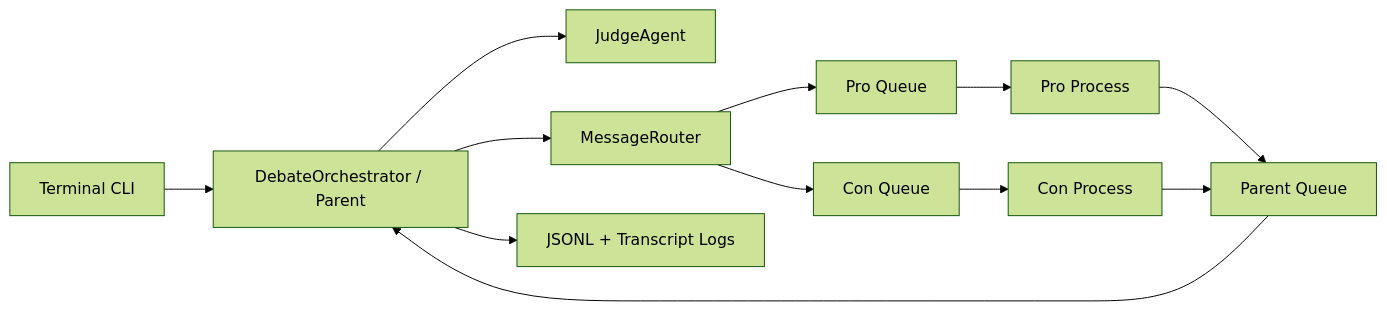
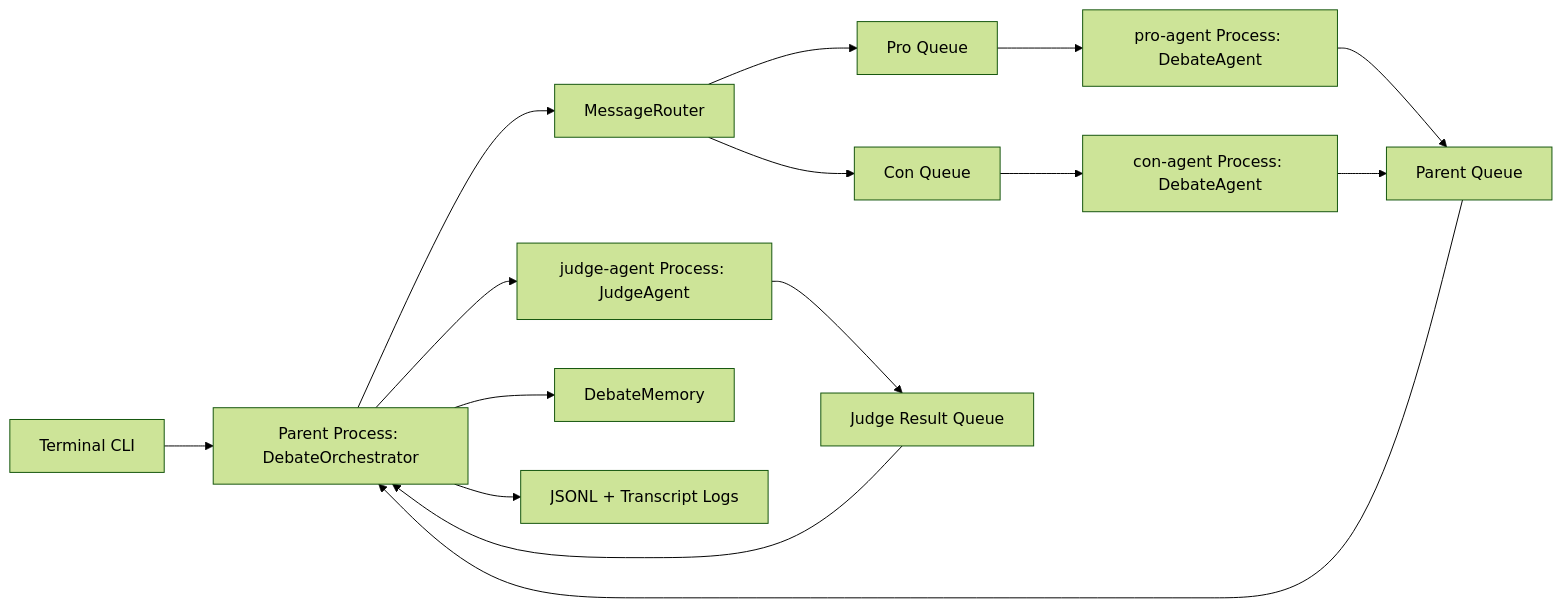
One commit to aishadahesh/uoh-ay26-ai-agent-debate changed the diagram in README.md. Above: the diagram before and after it, drawn with Mermaid (forest theme). The commit also changed other lines of this file and 2 other files, not shown here.

````diff
--- a/README.md
+++ b/README.md
@@ -17,14 +78,17 @@
 ```mermaid
 flowchart LR
-    CLI[Terminal CLI] --> Orchestrator[DebateOrchestrator / Parent]
-    Orchestrator --> Judge[JudgeAgent]
-    Orchestrator --> Router[MessageRouter]
-    Router --> ProQ[Pro Queue]
-    Router --> ConQ[Con Queue]
-    ProQ --> Pro[Pro Process]
-    ConQ --> Con[Con Process]
-    Pro --> ParentQ[Parent Queue]
+    CLI["Terminal CLI"] --> Parent["Parent Process: DebateOrchestrator"]
+    Parent --> Router["MessageRouter"]
+    Router --> ProQ["Pro Queue"]
+    Router --> ConQ["Con Queue"]
+    ProQ --> Pro["pro-agent Process: DebateAgent"]
+    ConQ --> Con["con-agent Process: DebateAgent"]
+    Pro --> ParentQ["Parent Queue"]
     Con --> ParentQ
-    ParentQ --> Orchestrator
-    Orchestrator --> Logs[JSONL + Transcript Logs]
+    ParentQ --> Parent
+    Parent --> Judge["judge-agent Process: JudgeAgent"]
+    Judge --> JudgeQ["Judge Result Queue"]
+    JudgeQ --> Parent
+    Parent --> Memory["DebateMemory"]
+    Parent --> Logs["JSONL + Transcript Logs"]
 ```
````
